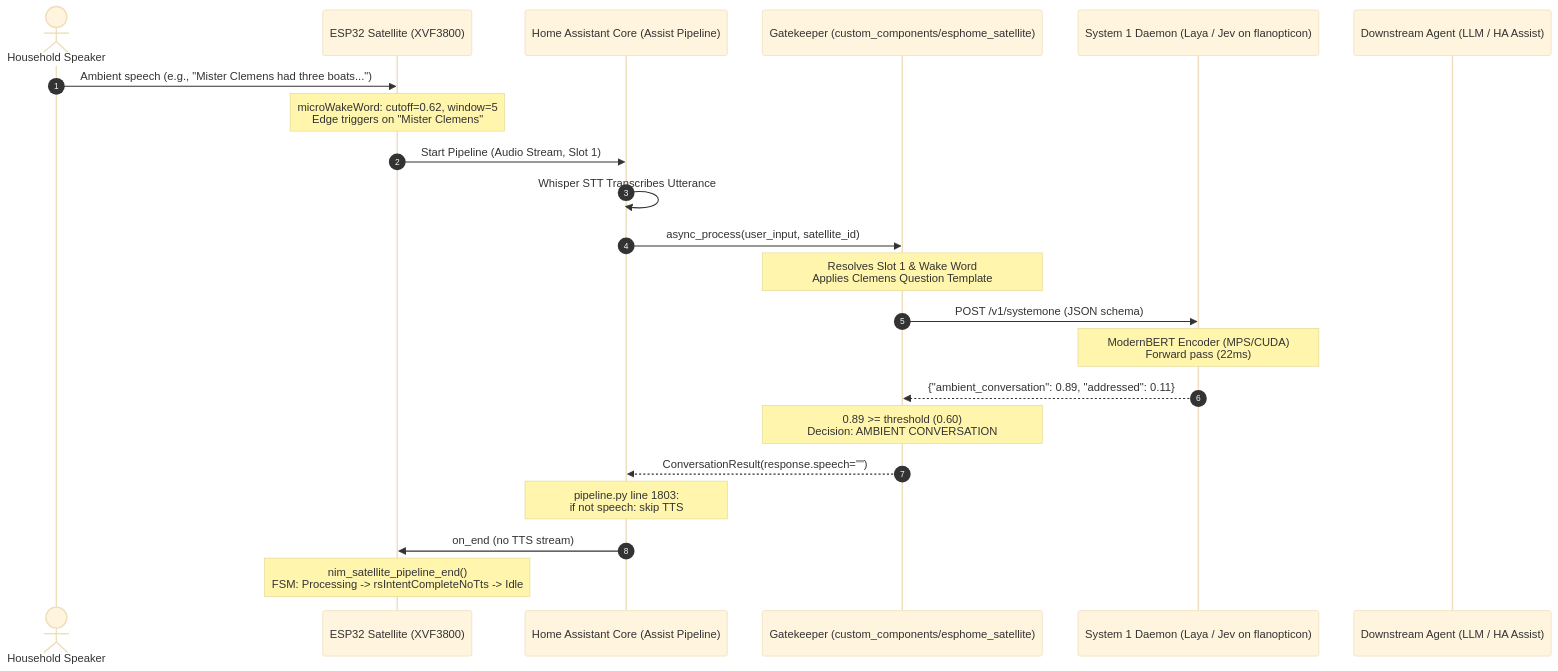
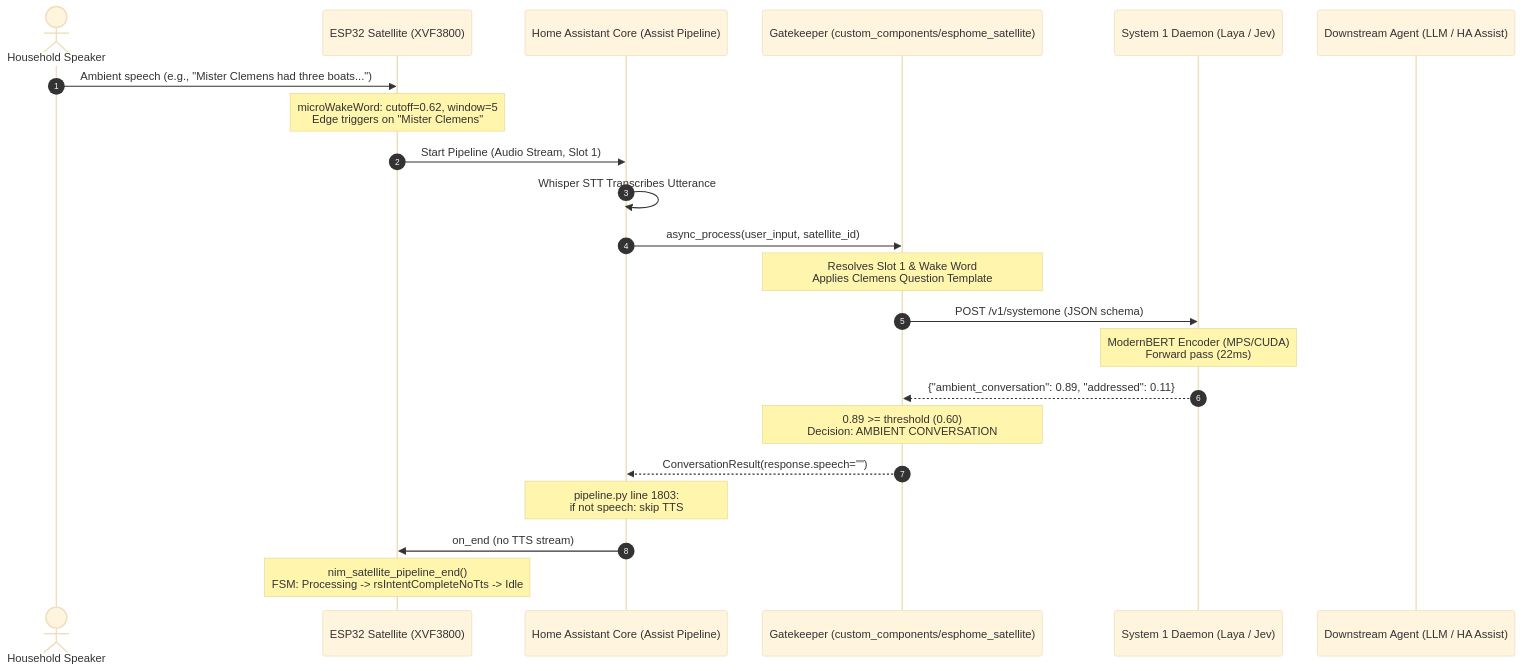
The diagram in docs/RFC_SYSTEMONE_GATEKEEPER.md (axiomantic/esphome-satellite), drawn with Mermaid (base theme) before and after one commit. The commit also changed other lines of this file and 3 other files, not shown here.

````diff
--- a/docs/RFC_SYSTEMONE_GATEKEEPER.md
+++ b/docs/RFC_SYSTEMONE_GATEKEEPER.md
@@ -27,25 +27,25 @@
 ```mermaid
 sequenceDiagram
     autonumber
     actor User as Household Speaker
     participant Sat as ESP32 Satellite (XVF3800)
     participant HA as Home Assistant Core (Assist Pipeline)
     participant Gate as Gatekeeper (custom_components/esphome_satellite)
-    participant Sys1 as System 1 Daemon (Laya / Jev on flanopticon)
+    participant Sys1 as System 1 Daemon (Laya / Jev)
     participant Down as Downstream Agent (LLM / HA Assist)
 
     User->>Sat: Ambient speech (e.g., "Mister Clemens had three boats...")
     Note over Sat: microWakeWord: cutoff=0.62, window=5<br/>Edge triggers on "Mister Clemens"
     Sat->>HA: Start Pipeline (Audio Stream, Slot 1)
     HA->>HA: Whisper STT Transcribes Utterance
     HA->>Gate: async_process(user_input, satellite_id)
     Note over Gate: Resolves Slot 1 & Wake Word<br/>Applies Clemens Question Template
     Gate->>Sys1: POST /v1/systemone (JSON schema)
     Note over Sys1: ModernBERT Encoder (MPS/CUDA)<br/>Forward pass (22ms)
     Sys1-->>Gate: {"ambient_conversation": 0.89, "addressed": 0.11}
     Note over Gate: 0.89 >= threshold (0.60)<br/>Decision: AMBIENT CONVERSATION
     Gate-->>HA: ConversationResult(response.speech="")
     Note over HA: pipeline.py line 1803:<br/>if not speech: skip TTS
     HA->>Sat: on_end (no TTS stream)
     Note over Sat: nim_satellite_pipeline_end()<br/>FSM: Processing -> rsIntentCompleteNoTts -> Idle
 ```
````
